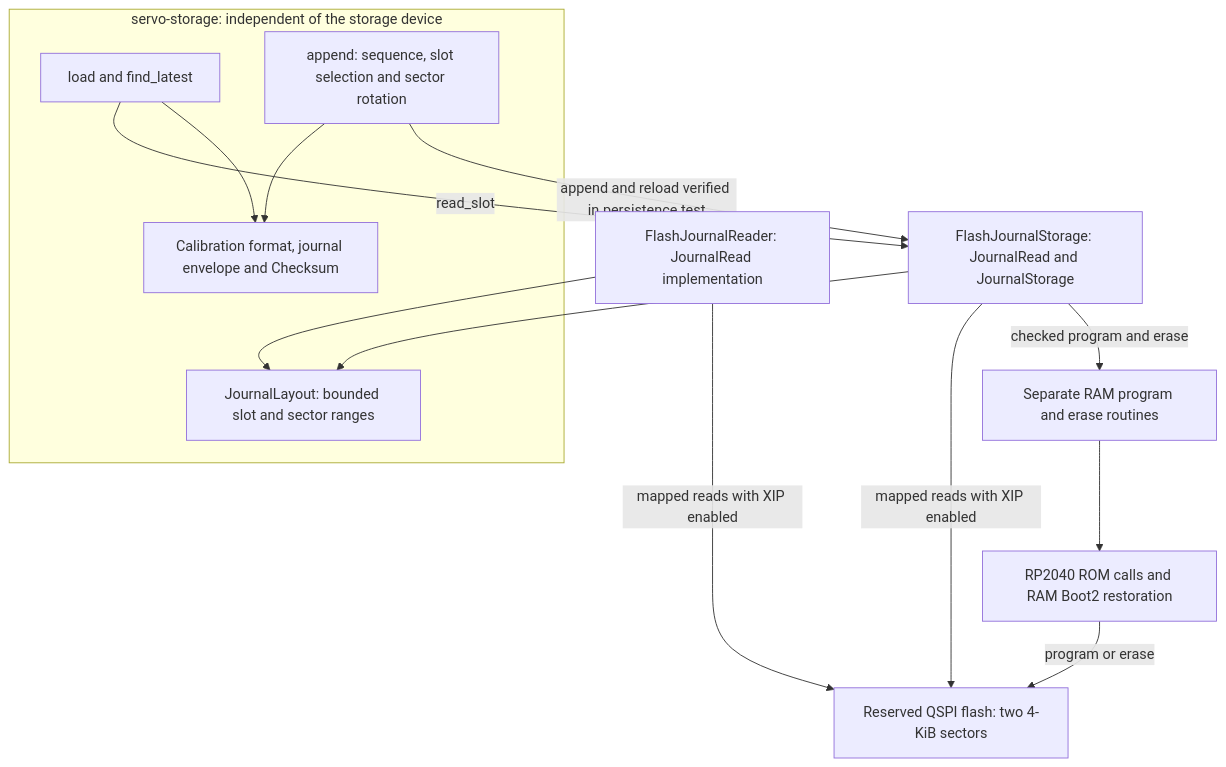
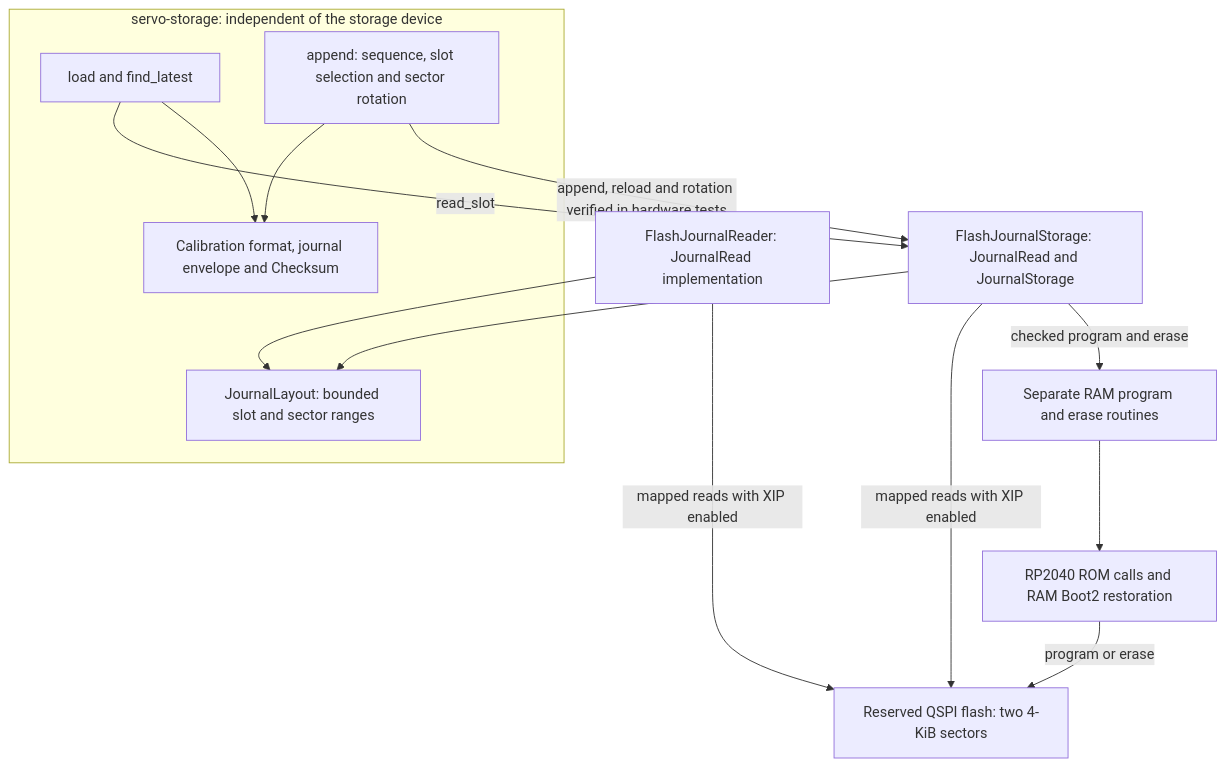
The third of 3 diagrams in docs/architecture/software-layers.md (ebe542/hexaroam), drawn with Mermaid before and after one commit. The commit also changed other lines of this file and 5 other files, not shown here.

Commit message:
Add repeatable Pico journal rotation test

````diff
--- a/docs/architecture/software-layers.md
+++ b/docs/architecture/software-layers.md
@@ -69,25 +69,25 @@
 ```mermaid
 flowchart TD
     subgraph Storage["servo-storage: independent of the storage device"]
         Load["load and find_latest"]
         Append["append: sequence, slot selection and sector rotation"]
         Format["Calibration format, journal envelope and Checksum"]
         Layout["JournalLayout: bounded slot and sector ranges"]
     end
     Read["FlashJournalReader: JournalRead implementation"]
     RAM["Separate RAM program and erase routines"]
     ROM["RP2040 ROM calls and RAM Boot2 restoration"]
     Flash["Reserved QSPI flash: two 4-KiB sectors"]
     Backend["FlashJournalStorage: JournalRead and JournalStorage"]
     Load -->|"read_slot"| Backend
     Backend --> Layout
     Backend -->|"mapped reads with XIP enabled"| Flash
     Read --> Layout
     Read -->|"mapped reads with XIP enabled"| Flash
     Append --> Format
     Load --> Format
-    Append -->|"append and reload verified in persistence test"| Backend
+    Append -->|"append, reload and rotation verified in hardware tests"| Backend
     Backend -->|"checked program and erase"| RAM
     RAM --> ROM
     ROM -->|"program or erase"| Flash
 ```
````
